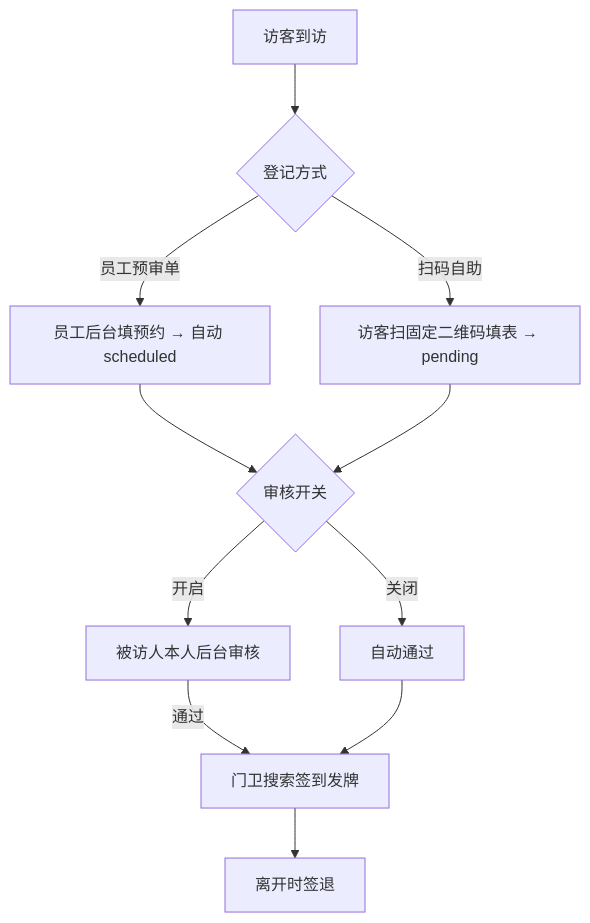
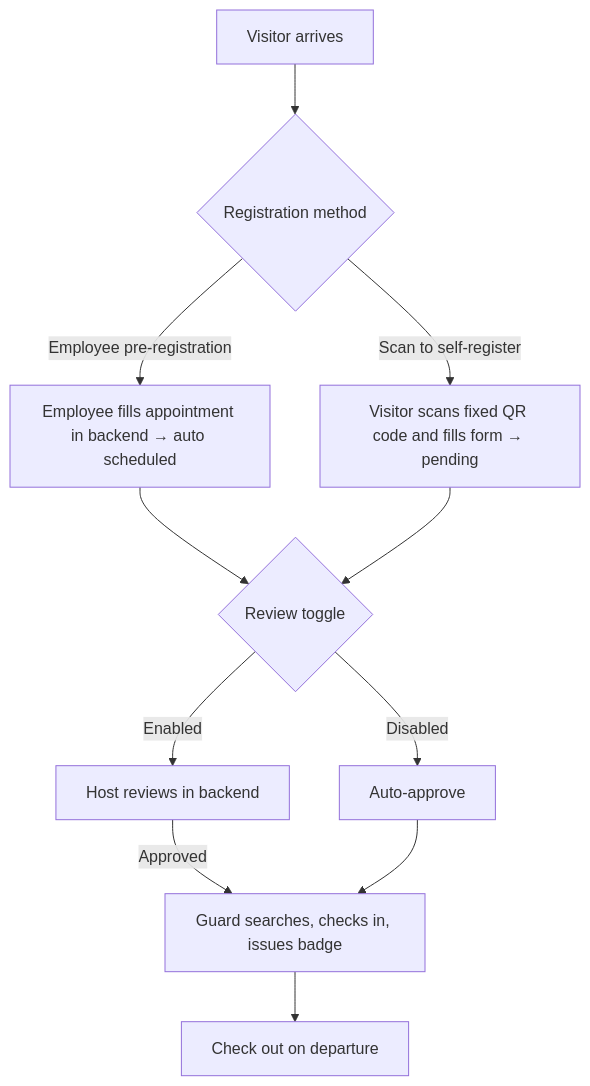
The first of 2 diagrams in README.md (wangjiongwei8/visitor-management), drawn with Mermaid before and after one commit. The commit also changed other lines of this file and 13 other files, not shown here.

````diff
--- a/README.md
+++ b/README.md
@@ -60,13 +62,13 @@
 ```mermaid
 flowchart TD
-    A[访客到访] --> B{登记方式}
-    B -->|员工预审单| C[员工后台填预约 → 自动 scheduled]
-    B -->|扫码自助| D[访客扫固定二维码填表 → pending]
-    C --> E{审核开关}
+    A[Visitor arrives] --> B{Registration method}
+    B -->|Employee pre-registration| C[Employee fills appointment in backend → auto scheduled]
+    B -->|Scan to self-register| D[Visitor scans fixed QR code and fills form → pending]
+    C --> E{Review toggle}
     D --> E
-    E -->|开启| F[被访人本人后台审核]
-    E -->|关闭| G[自动通过]
-    F -->|通过| H[门卫搜索签到发牌]
+    E -->|Enabled| F[Host reviews in backend]
+    E -->|Disabled| G[Auto-approve]
+    F -->|Approved| H[Guard searches, checks in, issues badge]
     G --> H
-    H --> I[离开时签退]
+    H --> I[Check out on departure]
 ```
````
